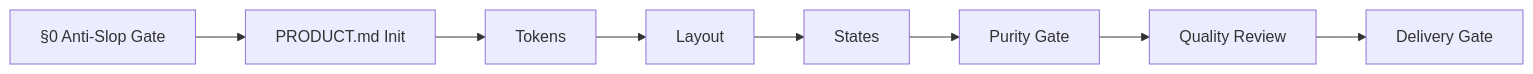
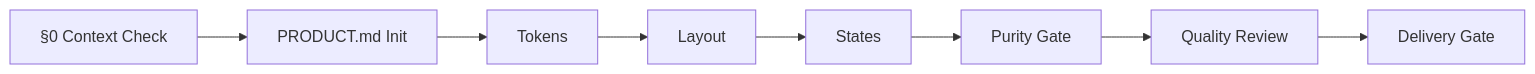
Before and after one commit to giriedu/maxilun: the diagram in skills/msal-craft/SKILL.md, drawn with Mermaid. The commit also changed other lines of this file and 34 other files, not shown here.

````diff
--- a/skills/msal-craft/SKILL.md
+++ b/skills/msal-craft/SKILL.md
@@ -169,10 +170,10 @@
 ```mermaid
 flowchart LR
-    A[§0 Anti-Slop Gate] --> B[PRODUCT.md Init]
+    A[§0 Context Check] --> B[PRODUCT.md Init]
     B --> C[Tokens]
     C --> D[Layout]
     D --> E[States]
     E --> F[Purity Gate]
     F --> G[Quality Review]
     G --> H[Delivery Gate]
 ```
````
